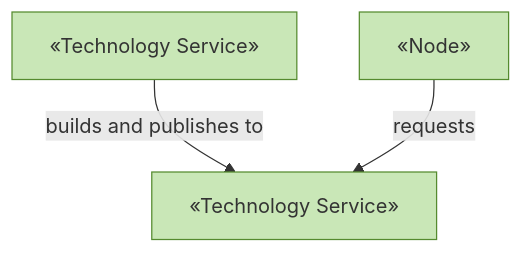
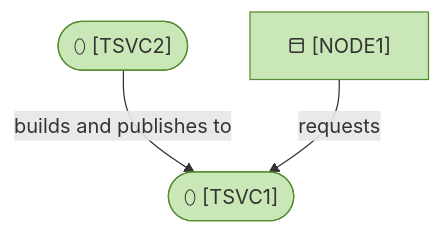
The diagram in .claude/skills/project-bootstrap/templates/architecture/5_technology/README.md (roanboc/architecture-archreator), drawn with Mermaid before and after one commit. The commit also changed 19 other files, not shown here.

First line of the commit message:
feat: levels, macro categories, and quieter diagrams

````diff
--- a/.claude/skills/project-bootstrap/templates/architecture/5_technology/README.md
+++ b/.claude/skills/project-bootstrap/templates/architecture/5_technology/README.md
@@ -31,11 +31,11 @@
 ```mermaid
 flowchart TB
-  runtime["«Node» <Where it runs>"]:::technology
-  hosting["«Technology Service» <Hosting/platform>"]:::technology
-  ci["«Technology Service» <CI/CD>"]:::technology
+  runtime["⬒ <Where it runs> [NODE1]"]:::technology
+  hosting(["⬯ <Hosting/platform> [TSVC1]"]):::technology
+  ci(["⬯ <CI/CD> [TSVC2]"]):::technology
 
   ci -->|builds and publishes to| hosting
   runtime -->|requests| hosting
 
   classDef technology fill:#c9e7b7,stroke:#558b2f,color:#333
 ```
````
